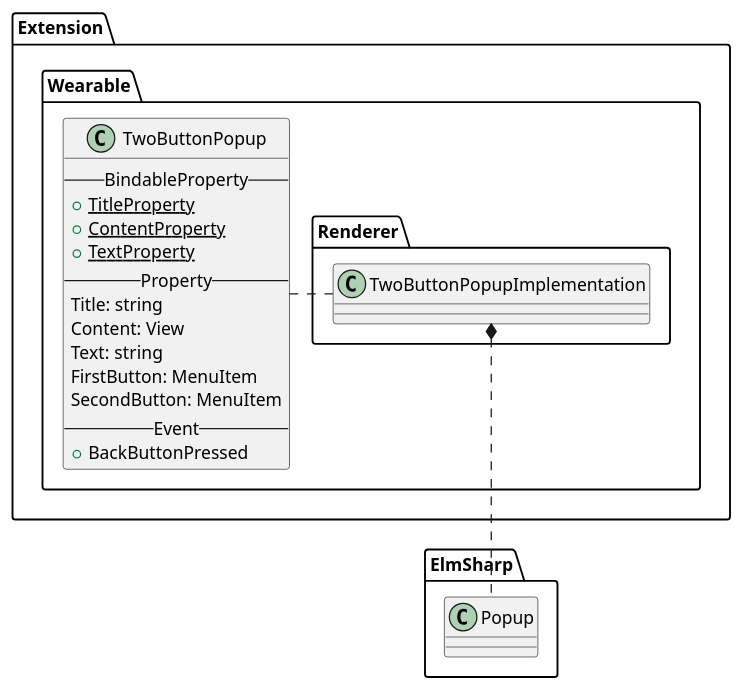
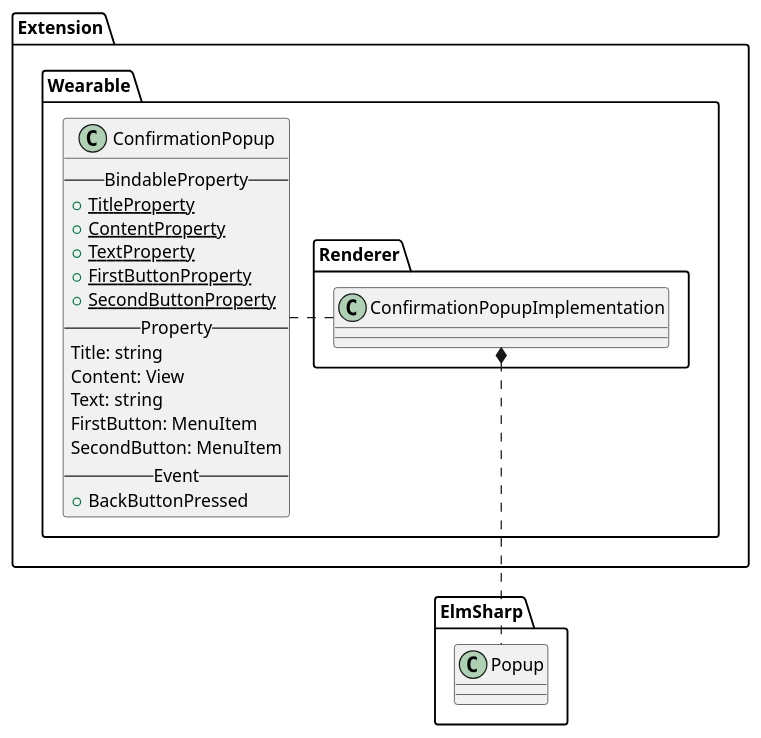
Before and after one commit to Samsung/Tizen.CircularUI: diagram 16 of 19 in doc/design/uml/CirclePage.wsd, drawn with PlantUML. The commit also changed other lines of this file and 28 other files, not shown here.

First line of the commit message:
add InfomationPopup and rename TwoButtonPopup to ConfirmationPopup (#81)

```diff
--- a/doc/design/uml/CirclePage.wsd
+++ b/doc/design/uml/CirclePage.wsd
@@ -488,31 +488,33 @@
-@startuml TwoButtonPopup.png
+@startuml ConfirmationPopup.png
 
 package "Extension.Wearable" {
-    class TwoButtonPopup {
+    class ConfirmationPopup {
         --BindableProperty--
         {static} +TitleProperty
         {static} +ContentProperty
         {static} +TextProperty
+        {static} +FirstButtonProperty
+        {static} +SecondButtonProperty
         --Property--
         Title: string
         Content: View
         Text: string
         FirstButton: MenuItem
         SecondButton: MenuItem
         --Event--
         +BackButtonPressed
     }
 }
 
 package "Extension.Wearable.Renderer" {
-    class TwoButtonPopupImplementation
+    class ConfirmationPopupImplementation
 
-    TwoButtonPopupImplementation .l. TwoButtonPopup
+    ConfirmationPopupImplementation .l. ConfirmationPopup
 }
 
 package "ElmSharp" {
     class Popup
-    TwoButtonPopupImplementation *.. Popup
+    ConfirmationPopupImplementation *.. Popup
 }
 
 @enduml
```
